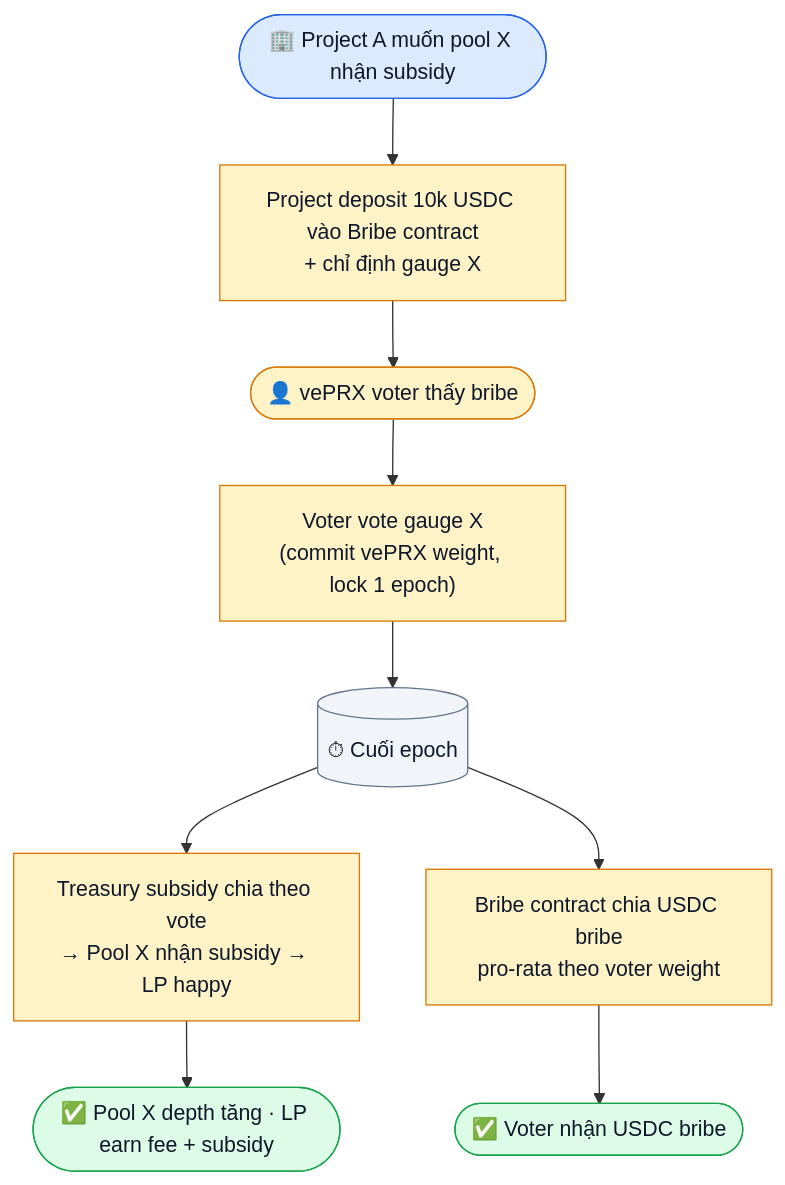
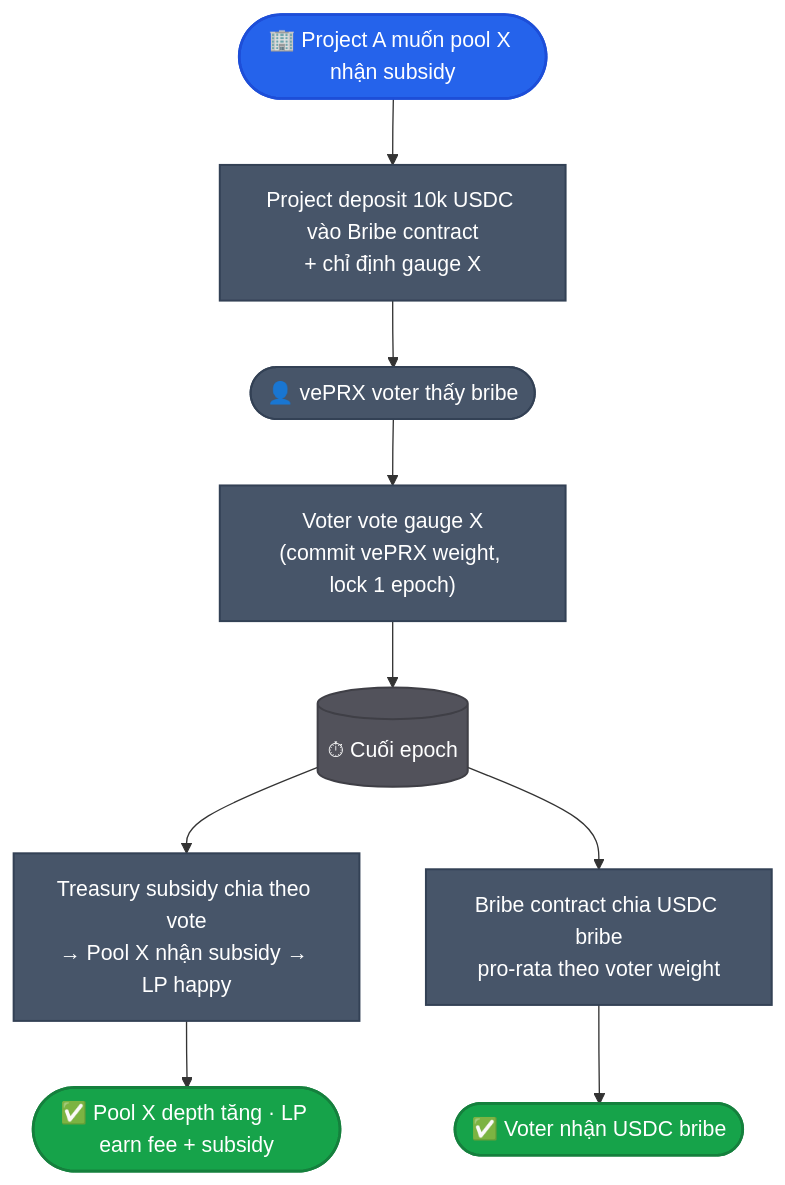
Before and after one commit to PrediX-Protocol/predix-docs: the third of 3 diagrams in vi_v6/kinh-te/veprx-gauge.md, drawn with Mermaid. The commit also changed other lines of this file and 32 other files, not shown here.

First line of the commit message:
docs(vi_v6): redesign Mermaid theme — solid mid-tone palette + dark theme

````diff
--- a/vi_v6/kinh-te/veprx-gauge.md
+++ b/vi_v6/kinh-te/veprx-gauge.md
@@ -86,23 +87,23 @@
 ```mermaid
 flowchart TD
     Project(["🏢 Project A muốn pool X nhận subsidy"])
     Project --> S1["Project deposit 10k USDC vào Bribe contract<br/>+ chỉ định gauge X"]
     S1 --> Voter(["👤 vePRX voter thấy bribe"])
     Voter --> S2["Voter vote gauge X<br/>(commit vePRX weight, lock 1 epoch)"]
     S2 --> Epoch[("⏱ Cuối epoch")]
     Epoch --> S3["Treasury subsidy chia theo vote<br/>→ Pool X nhận subsidy → LP happy"]
     Epoch --> S4["Bribe contract chia USDC bribe<br/>pro-rata theo voter weight"]
     S3 --> End(["✅ Pool X depth tăng · LP earn fee + subsidy"])
     S4 --> End2(["✅ Voter nhận USDC bribe"])
 
-    classDef proj fill:#dbeafe,stroke:#2563eb,color:#0f172a
-    classDef voter fill:#fef3c7,stroke:#d97706,color:#0f172a
-    classDef tick fill:#f1f5f9,stroke:#64748b,color:#0f172a
-    classDef step fill:#fef3c7,stroke:#d97706,color:#0f172a
-    classDef ok fill:#dcfce7,stroke:#16a34a,color:#0f172a
+    classDef proj fill:#2563eb,stroke:#1d4ed8,color:#fff,stroke-width:2px
+    classDef voter fill:#475569,stroke:#334155,color:#fff,stroke-width:1.5px
+    classDef tick fill:#52525b,stroke:#3f3f46,color:#fff,stroke-width:1.5px
+    classDef step fill:#475569,stroke:#334155,color:#fff,stroke-width:1.5px
+    classDef ok fill:#16a34a,stroke:#15803d,color:#fff,stroke-width:2px
     class Project proj
     class Voter voter
     class Epoch tick
     class S1,S2,S3,S4 step
     class End,End2 ok
 ```
````
